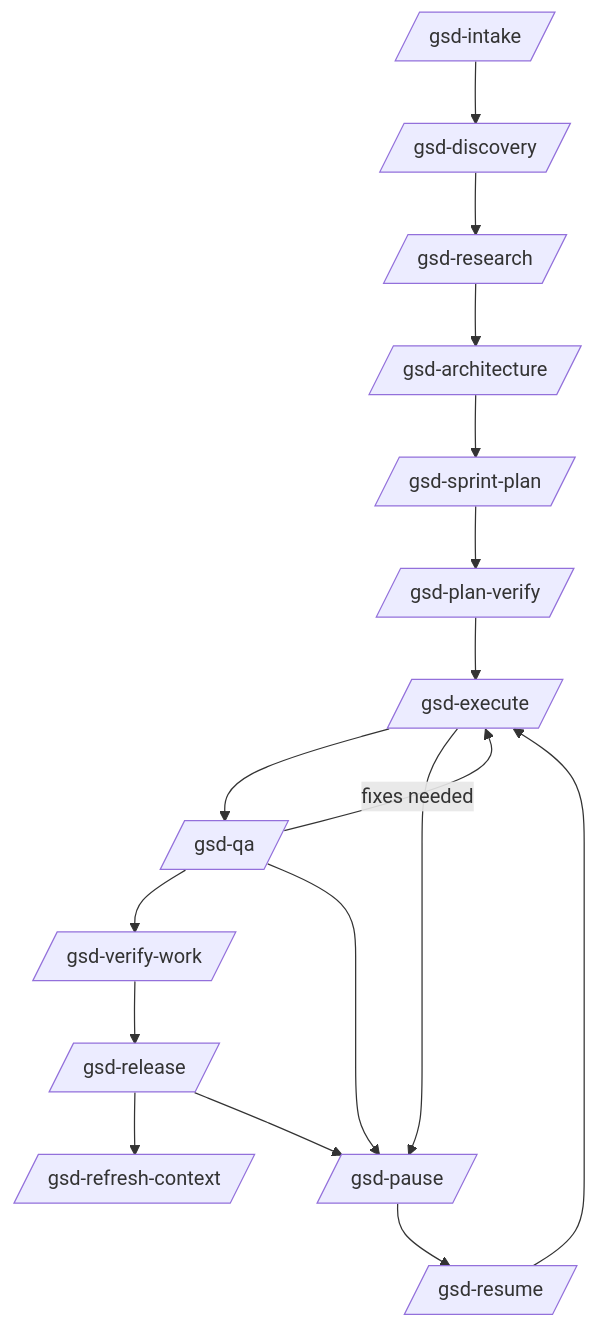
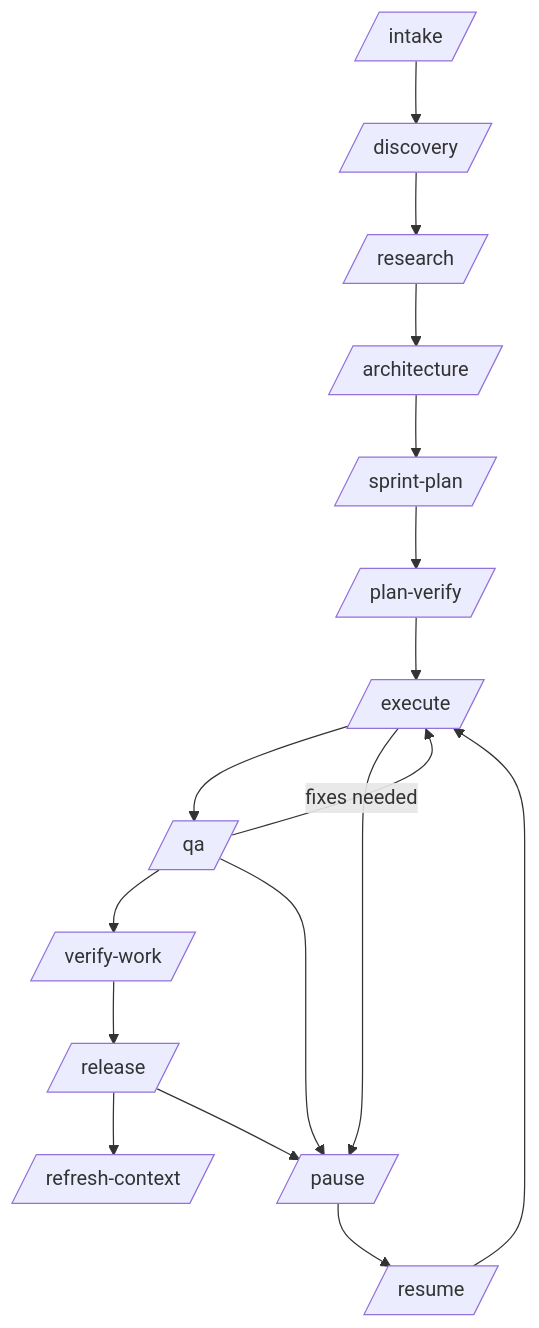
The sixth of 7 diagrams in README.md (fl0wm0ti0n/gsd_cursor), drawn with Mermaid before and after one commit. The commit also changed other lines of this file and 80 other files, not shown here.

````diff
--- a/README.md
+++ b/README.md
@@ -592,19 +679,19 @@
 ```mermaid
 flowchart TD
-  Intake[/gsd-intake/] --> Discovery[/gsd-discovery/]
-  Discovery --> Research[/gsd-research/]
-  Research --> Architecture[/gsd-architecture/]
-  Architecture --> SprintPlan[/gsd-sprint-plan/]
-  SprintPlan --> PlanVerify[/gsd-plan-verify/]
-  PlanVerify --> Execute[/gsd-execute/]
-  Execute --> QA[/gsd-qa/]
+  Intake[/intake/] --> Discovery[/discovery/]
+  Discovery --> Research[/research/]
+  Research --> Architecture[/architecture/]
+  Architecture --> SprintPlan[/sprint-plan/]
+  SprintPlan --> PlanVerify[/plan-verify/]
+  PlanVerify --> Execute[/execute/]
+  Execute --> QA[/qa/]
   QA -->|fixes needed| Execute
-  QA --> VerifyWork[/gsd-verify-work/]
-  VerifyWork --> Release[/gsd-release/]
-  Release --> Refresh[/gsd-refresh-context/]
-  Execute --> Pause[/gsd-pause/]
+  QA --> VerifyWork[/verify-work/]
+  VerifyWork --> Release[/release/]
+  Release --> Refresh[/refresh-context/]
+  Execute --> Pause[/pause/]
   QA --> Pause
   Release --> Pause
-  Pause --> Resume[/gsd-resume/]
+  Pause --> Resume[/resume/]
   Resume --> Execute
 ```
````
